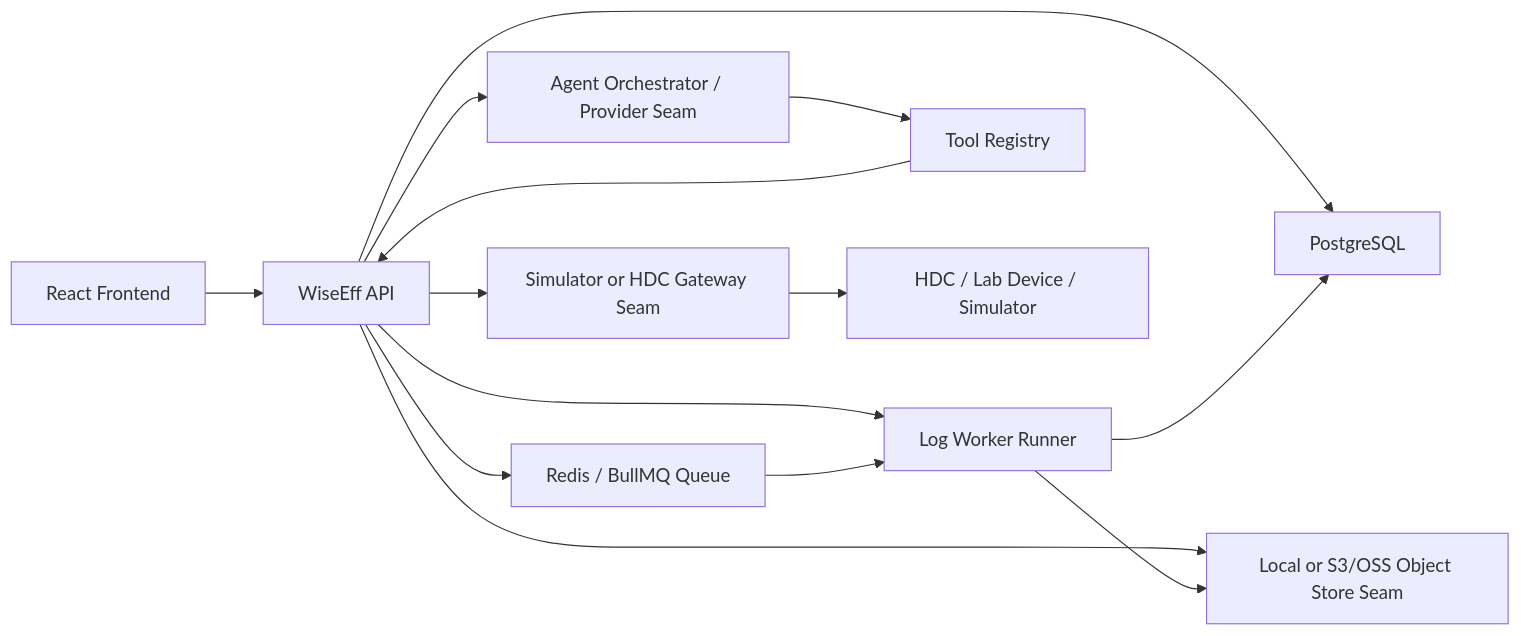
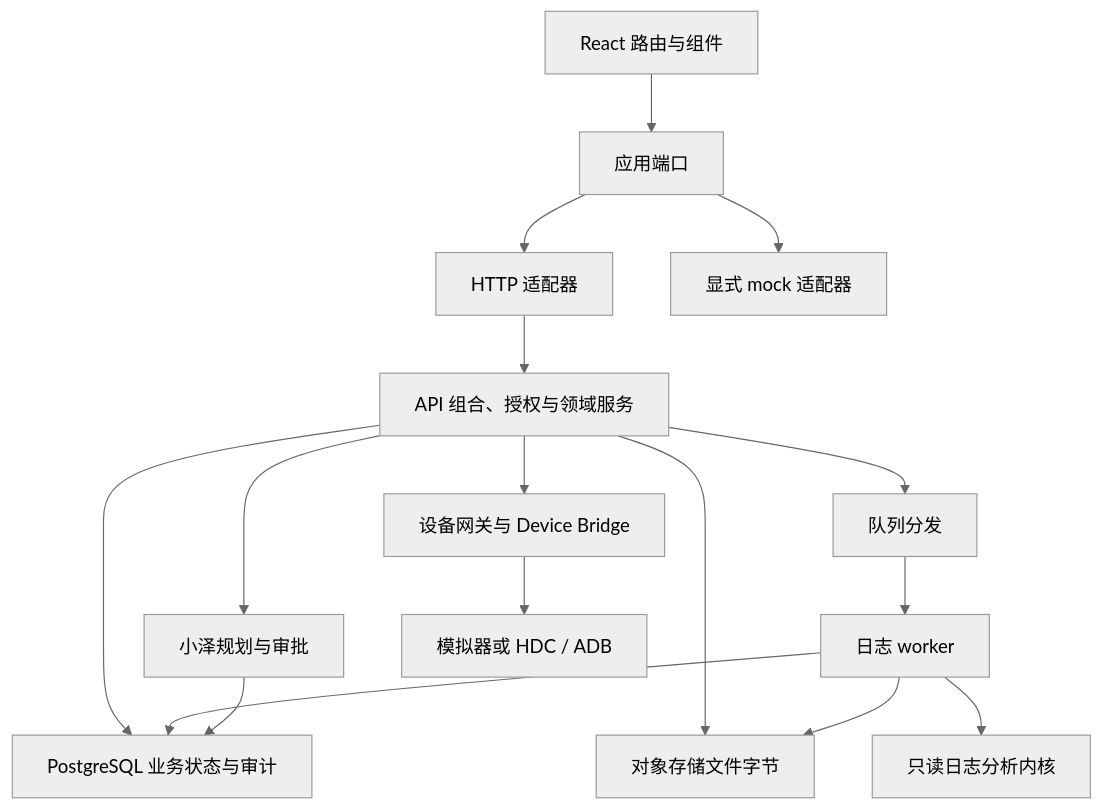
One commit to tzrea1-Q/WiseEff changed the second of 22 diagrams in docs/zh-CN/design-docs/full-stack-architecture.md. Above: the diagram before and after it, drawn with Mermaid. The commit also changed other lines of this file and 24 other files, not shown here.

````diff
--- a/docs/zh-CN/design-docs/full-stack-architecture.md
+++ b/docs/zh-CN/design-docs/full-stack-architecture.md
@@ -53,16 +65,19 @@
 ```mermaid
-flowchart LR
-  Browser["React Frontend"] --> Api["WiseEff API"]
-  Api --> Db["PostgreSQL"]
-  Api --> Queue["Redis / BullMQ Queue"]
-  Api --> Worker["Log Worker Runner"]
-  Api --> ObjectStore["Local or S3/OSS Object Store Seam"]
-  Api --> Agent["Agent Orchestrator / Provider Seam"]
-  Api --> DeviceGateway["Simulator or HDC Gateway Seam"]
-  Queue --> Worker
-  Worker --> Db
-  Worker --> ObjectStore
-  Agent --> ToolRegistry["Tool Registry"]
-  ToolRegistry --> Api
-  DeviceGateway --> Device["HDC / Lab Device / Simulator"]
+%%{init: {"theme": "neutral"}}%%
+flowchart TB
+  UI["React 路由与组件"] --> Ports["应用端口"]
+  Ports --> HTTP["HTTP 适配器"]
+  Ports --> Mock["显式 mock 适配器"]
+  HTTP --> API["API 组合、授权与领域服务"]
+  API --> PG["PostgreSQL 业务状态与审计"]
+  API --> Objects["对象存储文件字节"]
+  API --> Queue["队列分发"]
+  Queue --> Worker["日志 worker"]
+  Worker --> PG
+  Worker --> Objects
+  Worker --> Analysis["只读日志分析内核"]
+  API --> Agent["小泽规划与审批"]
+  Agent --> PG
+  API --> Bridge["设备网关与 Device Bridge"]
+  Bridge --> Target["模拟器或 HDC / ADB"]
 ```
````
